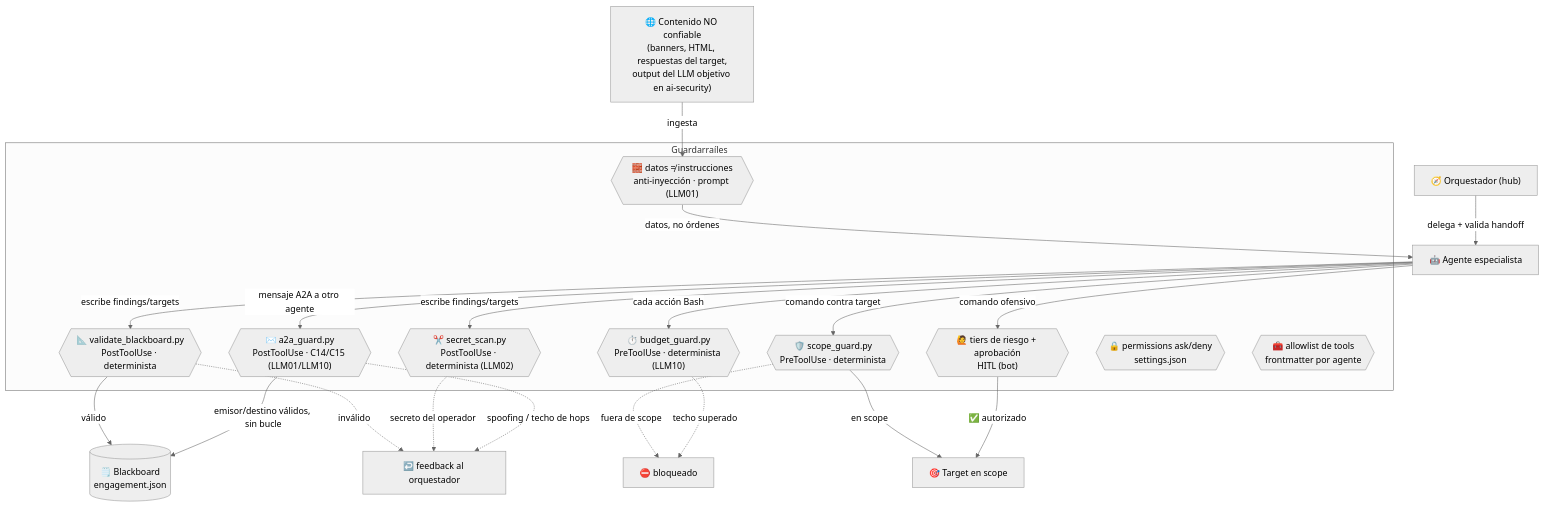
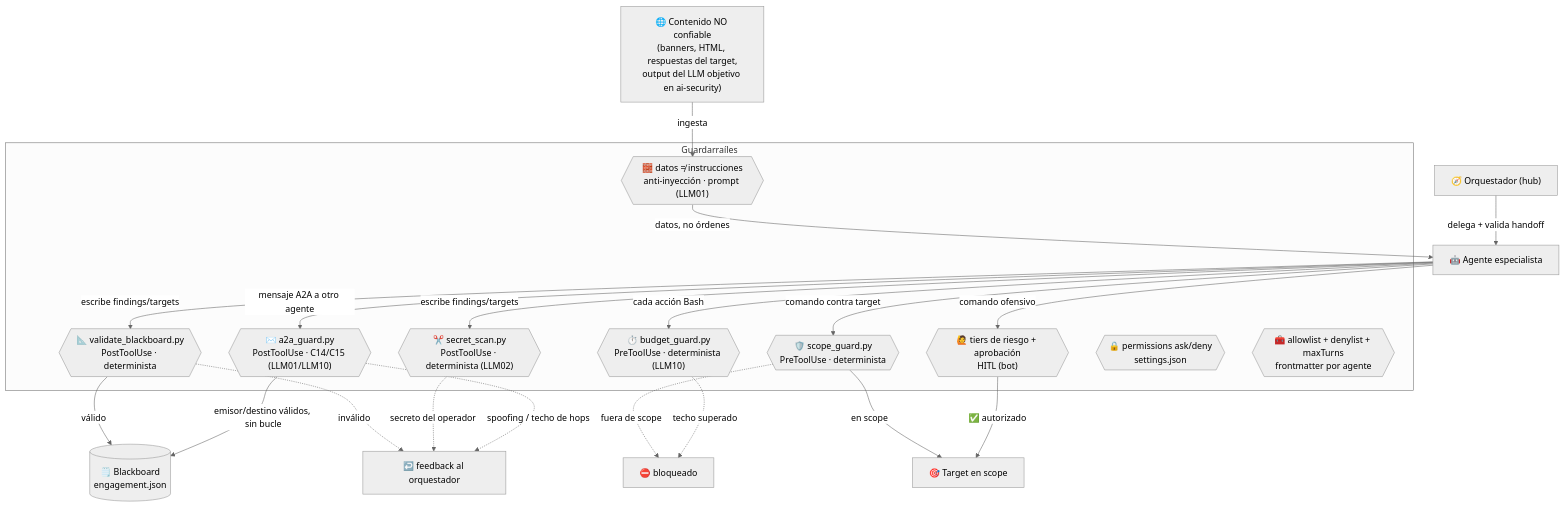
One commit to devPruebaDataunix/Data-Attack-Offensive-Tools changed the diagram in GUARDRAILS.md. Above: the diagram before and after it, drawn with Mermaid (neutral theme). The commit also changed other lines of this file and 49 other files, not shown here.

Commit message:
v2.0.0: minimo privilegio por agente (maxTurns + disallowedTools hub-and-spoke) + hook de auditoria SubagentStop

````diff
--- a/GUARDRAILS.md
+++ b/GUARDRAILS.md
@@ -20,40 +20,40 @@
 ```mermaid
 flowchart TB
     UNTRUSTED["🌐 Contenido NO confiable<br/>(banners, HTML, respuestas del target,<br/>output del LLM objetivo en ai-security)"]
     AGENT["🤖 Agente especialista"]
     ORQ["🧭 Orquestador (hub)"]
     BB[("🗒️ Blackboard<br/>engagement.json")]
     TARGET["🎯 Target en scope"]
 
     UNTRUSTED -->|ingesta| G_INJECT
     G_INJECT -->|datos, no órdenes| AGENT
     ORQ -->|delega + valida handoff| AGENT
     AGENT -->|escribe findings/targets| G_SCHEMA
     AGENT -->|escribe findings/targets| G_REDACT
     AGENT -->|cada acción Bash| G_BUDGET
     AGENT -->|comando contra target| G_SCOPE
     AGENT -->|comando ofensivo| G_HITL
     AGENT -->|mensaje A2A a otro agente| G_A2A
 
     subgraph GATES["Guardarraíles"]
         G_INJECT{{"🧱 datos ≠ instrucciones<br/>anti-inyección · prompt (LLM01)"}}
         G_SCOPE{{"🛡️ scope_guard.py<br/>PreToolUse · determinista"}}
         G_BUDGET{{"⏱️ budget_guard.py<br/>PreToolUse · determinista (LLM10)"}}
         G_HITL{{"🙋 tiers de riesgo + aprobación<br/>HITL (bot)"}}
         G_PERM{{"🔒 permissions ask/deny<br/>settings.json"}}
-        G_TOOLS{{"🧰 allowlist de tools<br/>frontmatter por agente"}}
+        G_TOOLS{{"🧰 allowlist + denylist + maxTurns<br/>frontmatter por agente"}}
         G_SCHEMA{{"📐 validate_blackboard.py<br/>PostToolUse · determinista"}}
         G_REDACT{{"✂️ secret_scan.py<br/>PostToolUse · determinista (LLM02)"}}
         G_A2A{{"✉️ a2a_guard.py<br/>PostToolUse · C14/C15 (LLM01/LLM10)"}}
     end
 
     G_SCOPE -->|en scope| TARGET
     G_SCOPE -.->|fuera de scope| BLOCK["⛔ bloqueado"]
     G_BUDGET -.->|techo superado| BLOCK
     G_HITL -->|✅ autorizado| TARGET
     G_SCHEMA -->|válido| BB
     G_SCHEMA -.->|inválido| FIX["↩️ feedback al orquestador"]
     G_REDACT -.->|secreto del operador| FIX
     G_A2A -->|emisor/destino válidos, sin bucle| BB
     G_A2A -.->|spoofing / techo de hops| FIX
 ```
````
